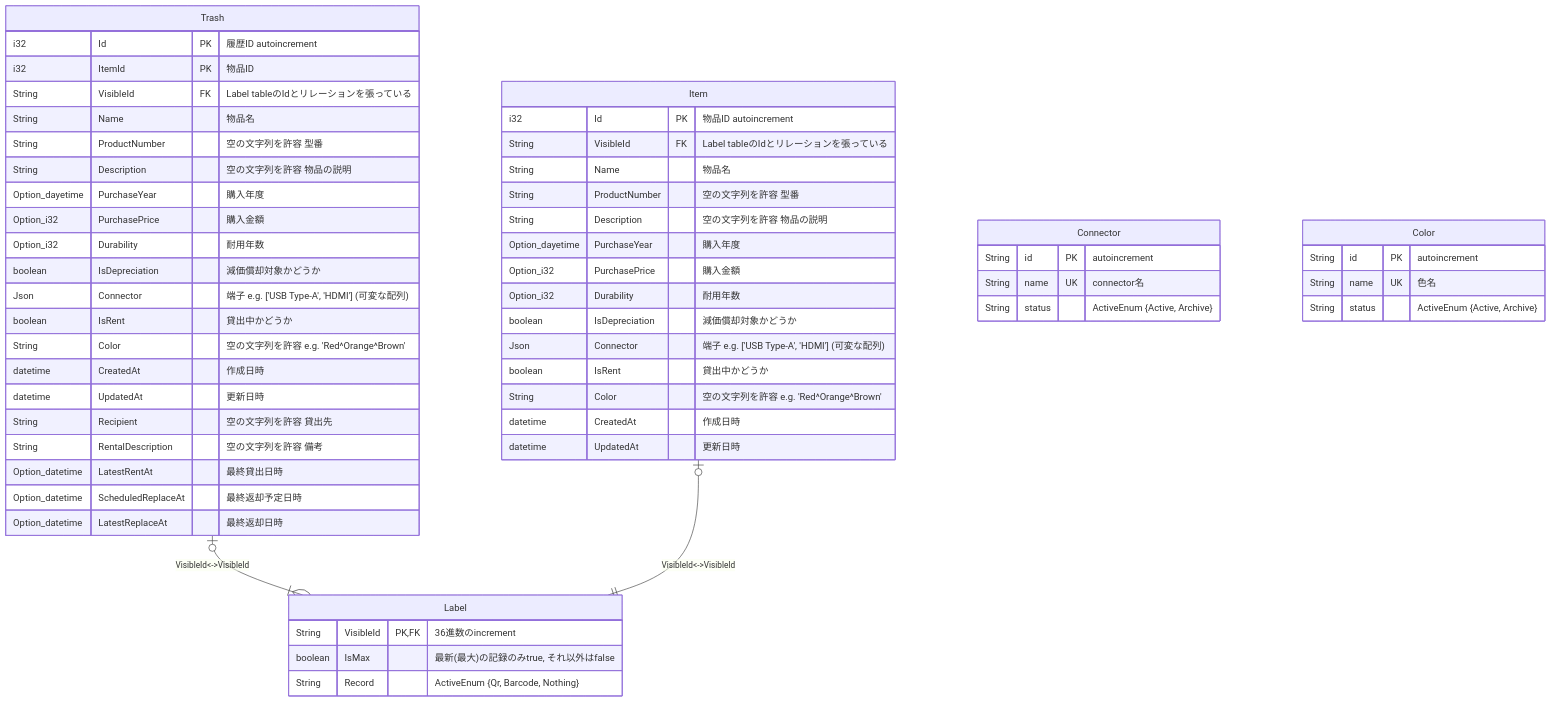
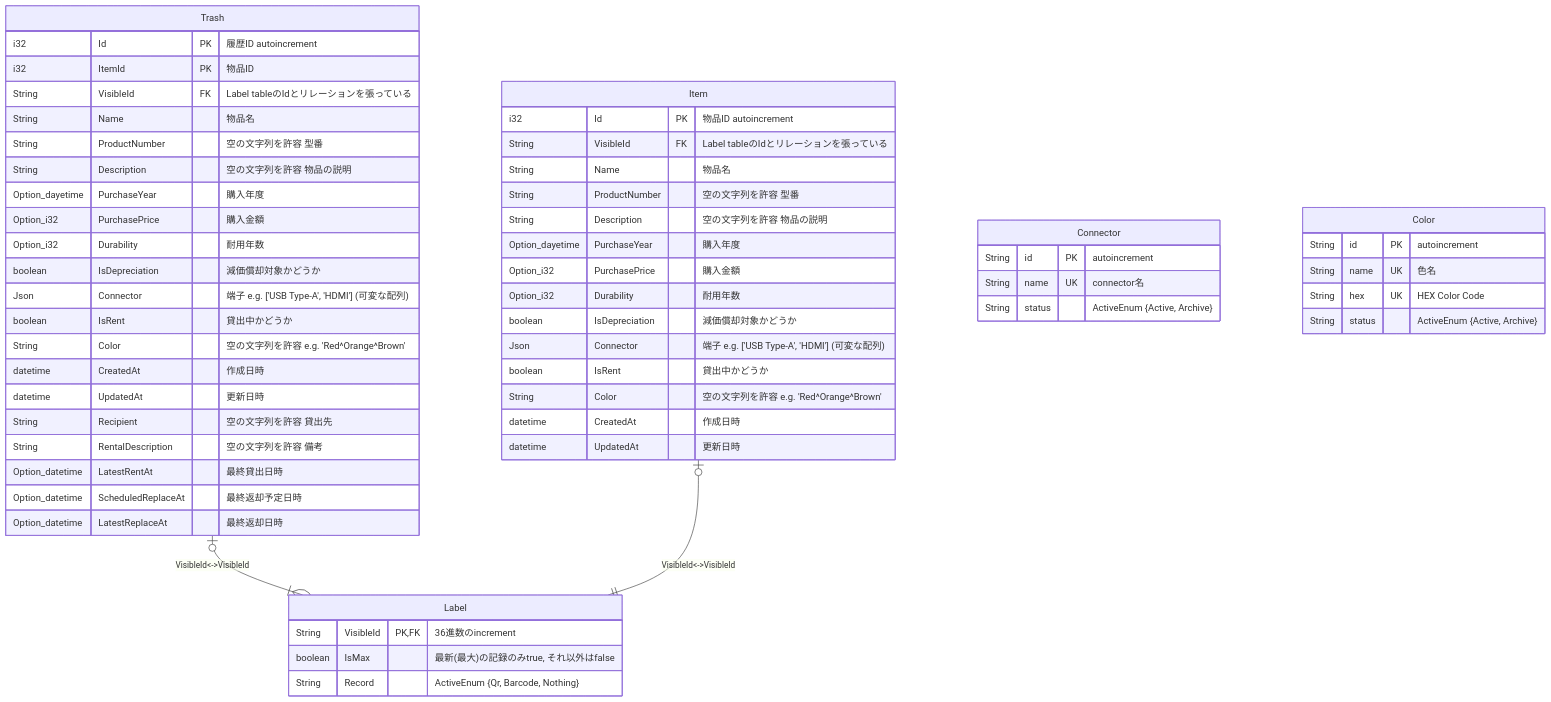
Before and after one commit to sohosai/dashi: the first of 3 diagrams in documents/database.md, drawn with Mermaid.

````diff
--- a/documents/database.md
+++ b/documents/database.md
@@ -9,58 +9,59 @@
 ```mermaid
 erDiagram
     Trash |o--|{ Label : "VisibleId<->VisibleId"
     Item |o--|| Label : "VisibleId<->VisibleId"
     Item {
         i32 Id PK "物品ID autoincrement"
         String VisibleId FK "Label tableのIdとリレーションを張っている"
         String Name "物品名"
         String ProductNumber "空の文字列を許容 型番"
         String Description "空の文字列を許容 物品の説明"
         Option_dayetime PurchaseYear "購入年度"
         Option_i32 PurchasePrice "購入金額"
         Option_i32 Durability "耐用年数"
         boolean IsDepreciation "減価償却対象かどうか"
         Json Connector "端子 e.g. ['USB Type-A', 'HDMI'] (可変な配列)"
         boolean IsRent "貸出中かどうか"
         String Color "空の文字列を許容 e.g. 'Red^Orange^Brown'"
         datetime CreatedAt "作成日時"
         datetime UpdatedAt "更新日時"
     }
     Trash {
         i32 Id PK "履歴ID autoincrement"
         i32 ItemId PK "物品ID"
         String VisibleId FK "Label tableのIdとリレーションを張っている"
         String Name "物品名"
         String ProductNumber "空の文字列を許容 型番"
         String Description "空の文字列を許容 物品の説明"
         Option_dayetime PurchaseYear "購入年度"
         Option_i32 PurchasePrice "購入金額"
         Option_i32 Durability "耐用年数"
         boolean IsDepreciation "減価償却対象かどうか"
         Json Connector "端子 e.g. ['USB Type-A', 'HDMI'] (可変な配列)"
         boolean IsRent "貸出中かどうか"
         String Color "空の文字列を許容 e.g. 'Red^Orange^Brown'"
         datetime CreatedAt "作成日時"
         datetime UpdatedAt "更新日時"
         String Recipient "空の文字列を許容 貸出先"
         String RentalDescription "空の文字列を許容 備考"
         Option_datetime LatestRentAt "最終貸出日時"
         Option_datetime ScheduledReplaceAt "最終返却予定日時"
         Option_datetime LatestReplaceAt "最終返却日時"
     }
     Label {
         String VisibleId PK, FK "36進数のincrement"
         boolean IsMax "最新(最大)の記録のみtrue, それ以外はfalse"
         String Record "ActiveEnum {Qr, Barcode, Nothing}"
     }
     Connector {
         String id PK "autoincrement"
         String name UK "connector名"
         String status "ActiveEnum {Active, Archive}"
     }
     Color {
         String id PK "autoincrement"
         String name UK "色名"
+        String hex UK "HEX Color Code"
         String status "ActiveEnum {Active, Archive}"
     }
 ```
````
